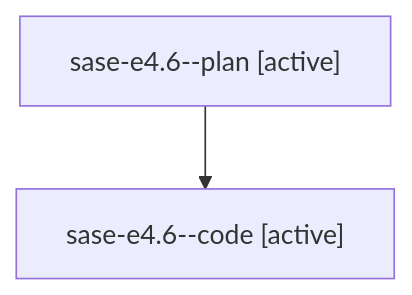
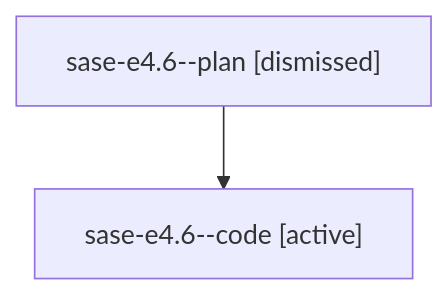
The diagram in sessions/bbugyi200.athena.sase-e4.6.md (sase-org/sase--agents), drawn with Mermaid before and after one commit. The commit also changed other lines of this file and 70 other files, not shown here.

````diff
--- a/sessions/bbugyi200.athena.sase-e4.6.md
+++ b/sessions/bbugyi200.athena.sase-e4.6.md
@@ -9,6 +9,6 @@
 ```mermaid
 flowchart TD
-  n0["sase-e4.6--plan [active]"]
+  n0["sase-e4.6--plan [dismissed]"]
   n1["sase-e4.6--code [active]"]
   n0 --> n1
 ```
````
